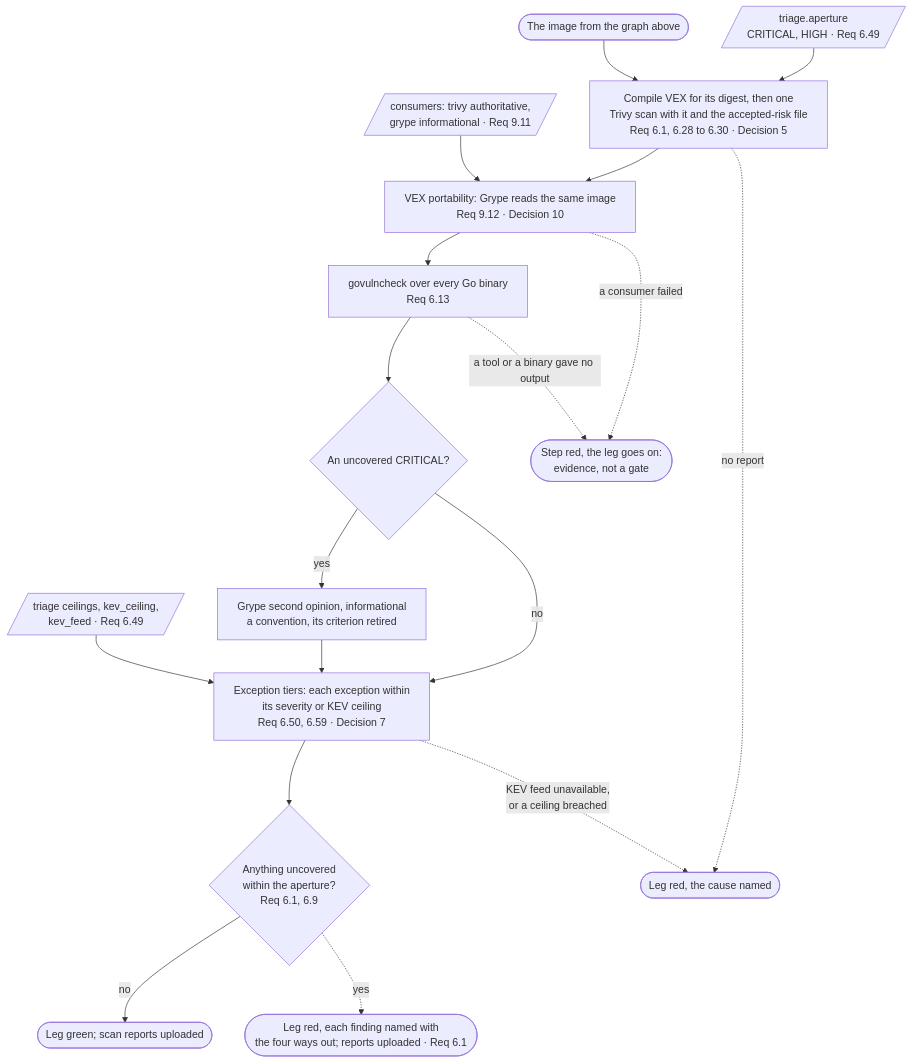
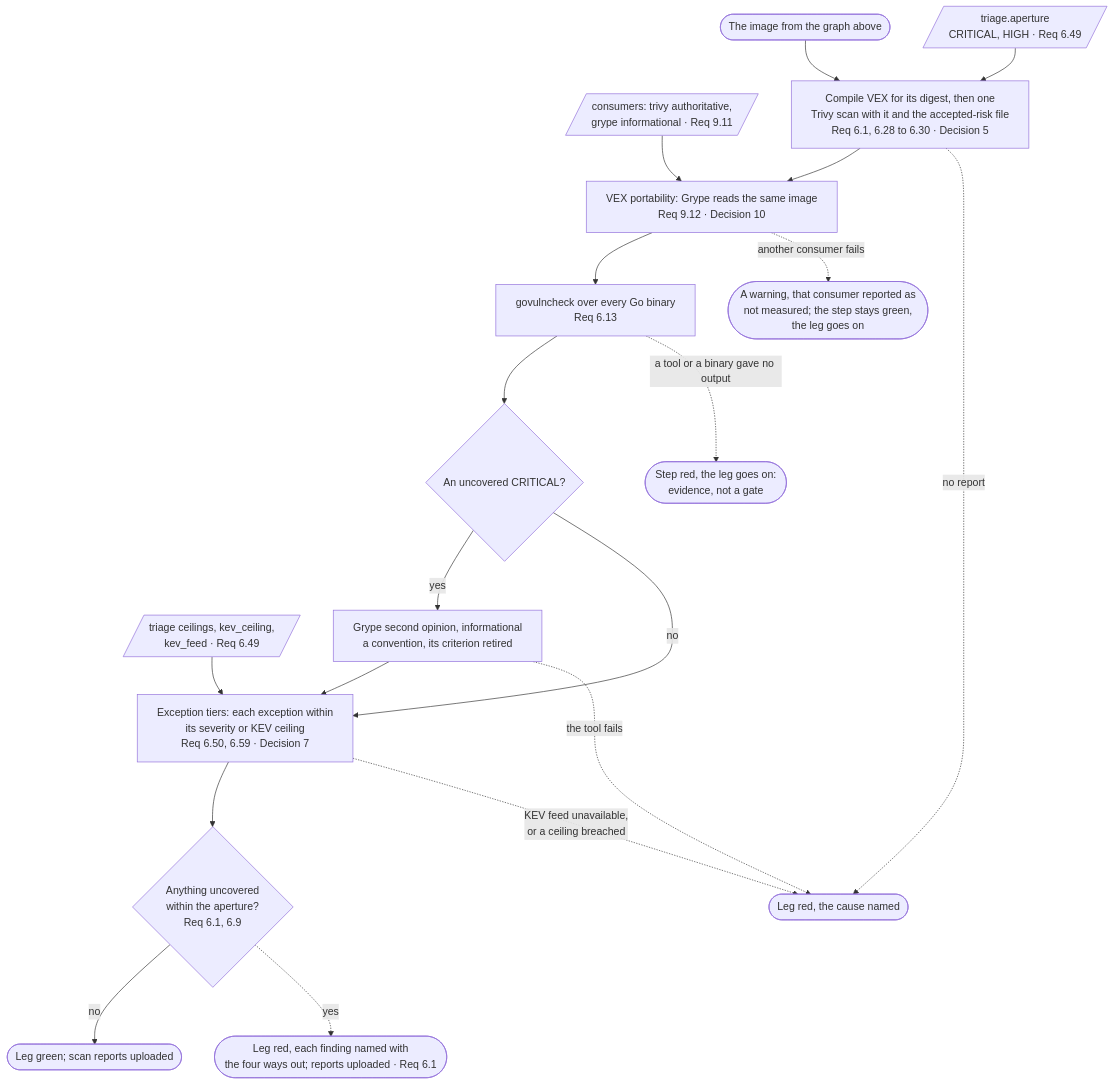
Before and after one commit to mm-weber/dhc-pipeline: the tenth of 31 diagrams in docs/lanes.md, drawn with Mermaid. The commit also changed other lines of this file, not shown here.

````diff
--- a/docs/lanes.md
+++ b/docs/lanes.md
@@ -340,33 +341,35 @@
 ```mermaid
 %%{init: {"flowchart": {"wrappingWidth": 340}}}%%
 flowchart TB
     AP[/"triage.aperture<br/>CRITICAL, HIGH · Req 6.49"/]
     CO[/"consumers: trivy authoritative,<br/>grype informational · Req 9.11"/]
     CE[/"triage ceilings, kev_ceiling,<br/>kev_feed · Req 6.49"/]
     IMG(["The image from the graph above"])
     SC["Compile VEX for its digest, then one<br/>Trivy scan with it and the accepted-risk file<br/>Req 6.1, 6.28 to 6.30 · Decision 5"]
     PT["VEX portability: Grype reads the same image<br/>Req 9.12 · Decision 10"]
     GV["govulncheck over every Go binary<br/>Req 6.13"]
     EV(["Step red, the leg goes on:<br/>evidence, not a gate"])
+    PW(["A warning, that consumer reported as<br/>not measured; the step stays green,<br/>the leg goes on"])
     CR{"An uncovered CRITICAL?"}
     GR["Grype second opinion, informational<br/>a convention, its criterion retired"]
     TI["Exception tiers: each exception within<br/>its severity or KEV ceiling<br/>Req 6.50, 6.59 · Decision 7"]
     GA{"Anything uncovered<br/>within the aperture?<br/>Req 6.1, 6.9"}
     OK(["Leg green; scan reports uploaded"])
     RED(["Leg red, each finding named with<br/>the four ways out; reports uploaded · Req 6.1"])
     STOP(["Leg red, the cause named"])
     IMG --> SC
     AP --> SC
     SC --> PT --> GV --> CR
     CO --> PT
-    PT -.->|a consumer failed| EV
+    PT -.->|another consumer fails| PW
     GV -.->|a tool or a binary gave no output| EV
     CR -->|yes| GR --> TI
+    GR -.->|the tool fails| STOP
     CR -->|no| TI
     CE --> TI
     TI --> GA
     GA -->|no| OK
     GA -.->|yes| RED
     SC -.->|no report| STOP
     TI -.->|KEV feed unavailable,<br/>or a ceiling breached| STOP
 ```
````
